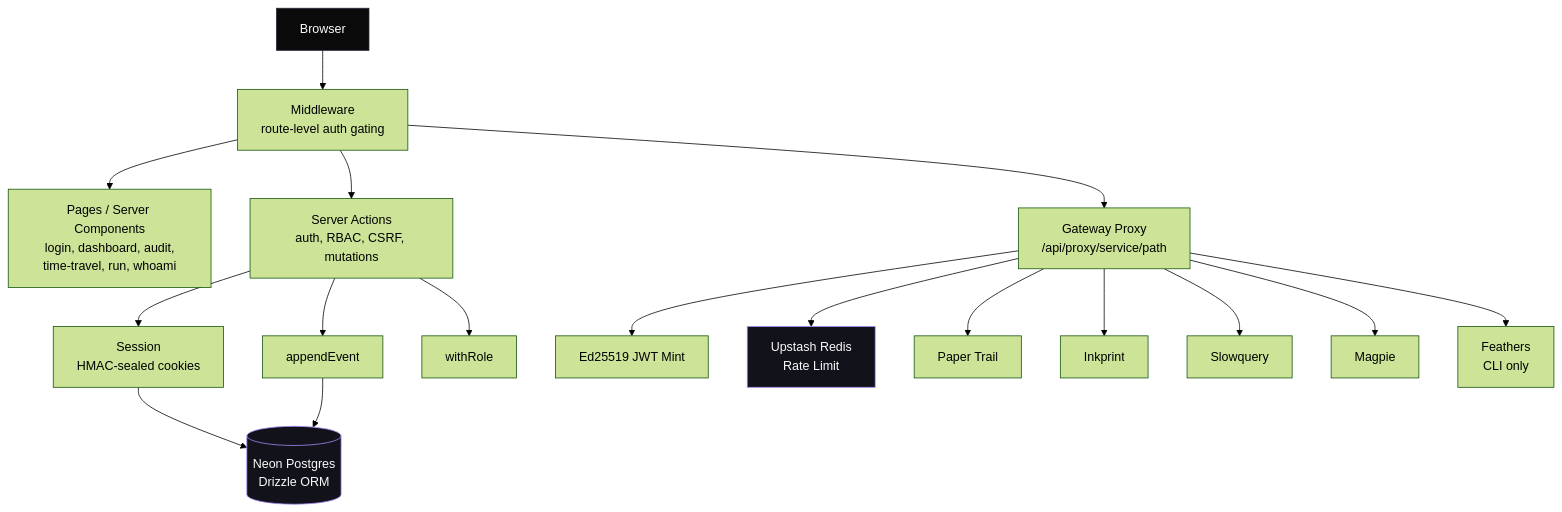
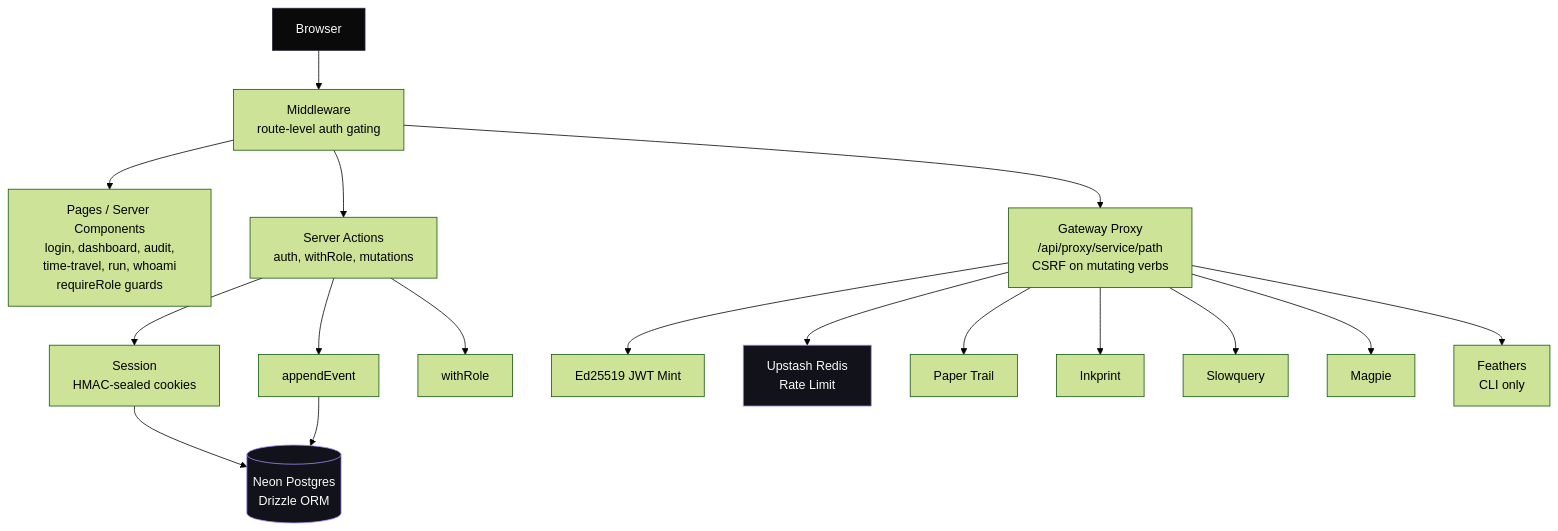
One commit to Abdul-Muizz1310/bastion changed the first of 4 diagrams in docs/ARCHITECTURE.md. Above: the diagram before and after it, drawn with Mermaid (forest theme). The commit also changed other lines of this file and 52 other files, not shown here.

````diff
--- a/docs/ARCHITECTURE.md
+++ b/docs/ARCHITECTURE.md
@@ -7,27 +7,27 @@
 ```mermaid
 flowchart TD
     Browser[Browser] --> MW[Middleware<br>route-level auth gating]
-    MW --> Pages[Pages / Server Components<br>login, dashboard, audit,<br>time-travel, run, whoami]
-    MW --> SA[Server Actions<br>auth, RBAC, CSRF, mutations]
-    MW --> GW[Gateway Proxy<br>/api/proxy/service/path]
+    MW --> Pages[Pages / Server Components<br>login, dashboard, audit,<br>time-travel, run, whoami<br>requireRole guards]
+    MW --> SA[Server Actions<br>auth, withRole, mutations]
+    MW --> GW[Gateway Proxy<br>/api/proxy/service/path<br>CSRF on mutating verbs]
 
     SA --> Session[Session<br>HMAC-sealed cookies]
     SA --> Audit[appendEvent]
     SA --> RBAC[withRole]
 
     Session --> Neon[(Neon Postgres<br>Drizzle ORM)]
     Audit --> Neon
 
     GW --> JWT[Ed25519 JWT Mint]
     GW --> RL[Upstash Redis<br>Rate Limit]
 
     GW --> PT[Paper Trail]
     GW --> IP[Inkprint]
     GW --> SQ[Slowquery]
     GW --> MG[Magpie]
     GW --> FT[Feathers<br>CLI only]
 
     style Browser fill:#0a0a0a,stroke:#2a2a3d,color:#fafafa
     style Neon fill:#12121a,stroke:#a78bfa,color:#fafafa
     style RL fill:#12121a,stroke:#a78bfa,color:#fafafa
 ```
````
